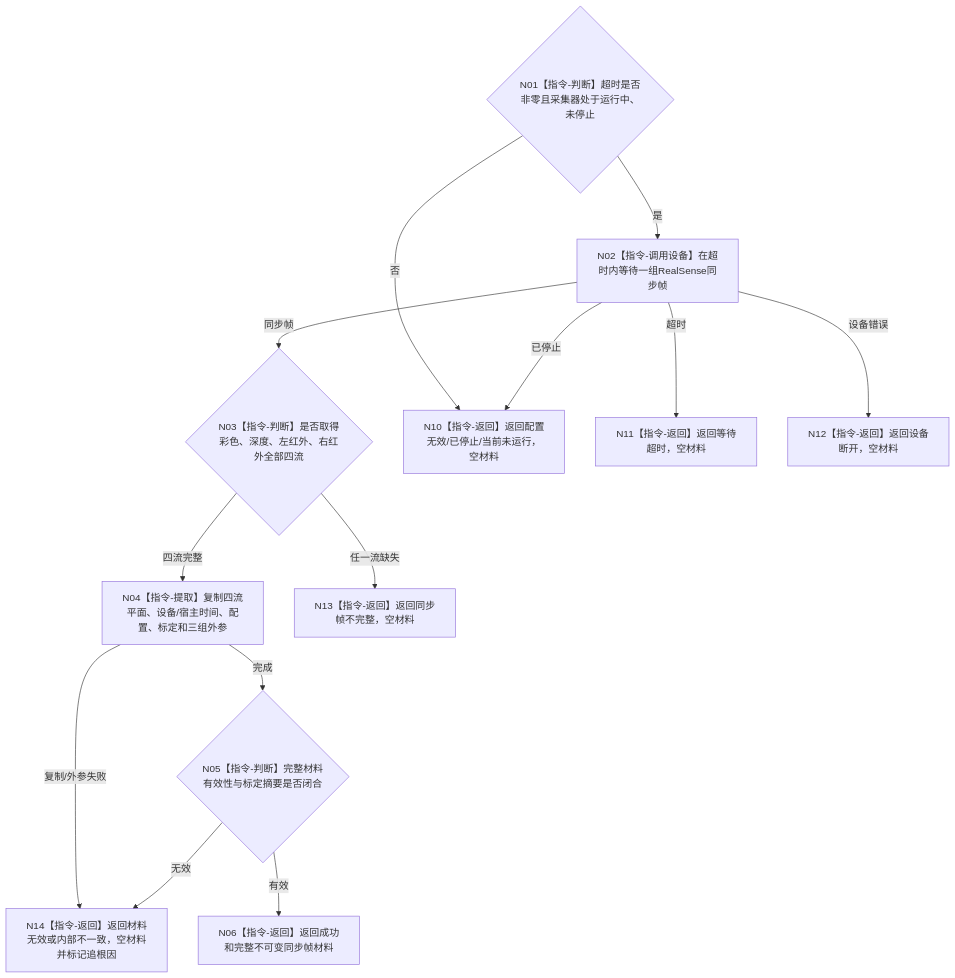
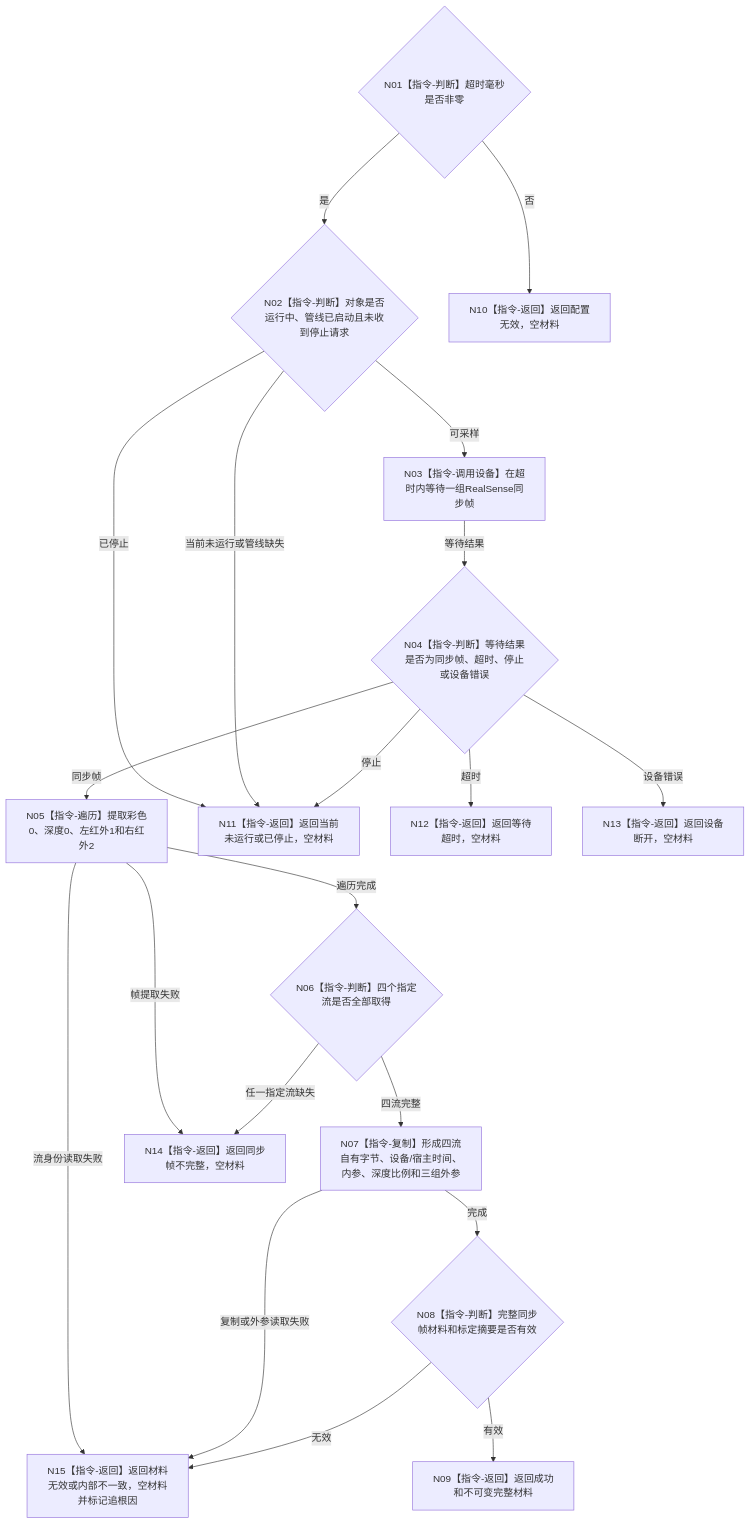
The diagram in 流程图/目标业务流程图/L4/BIZ-L4-006-01-02-01_双目相机采集适配器采集一次_目标函数流程图_v0.2.md (chunhaizh-cyber/HY-Ego), drawn with Mermaid before and after one commit. The commit also changed other lines of this file and 17 other files, not shown here.

````diff
--- a/流程图/目标业务流程图/L4/BIZ-L4-006-01-02-01_双目相机采集适配器采集一次_目标函数流程图_v0.2.md
+++ b/流程图/目标业务流程图/L4/BIZ-L4-006-01-02-01_双目相机采集适配器采集一次_目标函数流程图_v0.2.md
@@ -31,27 +31,37 @@
 ```mermaid
 flowchart TD
-    N01{"N01【指令-判断】超时是否非零且采集器处于运行中、未停止"}
-    N02["N02【指令-调用设备】在超时内等待一组RealSense同步帧"]
-    N03{"N03【指令-判断】是否取得彩色、深度、左红外、右红外全部四流"}
-    N04["N04【指令-提取】复制四流平面、设备/宿主时间、配置、标定和三组外参"]
-    N05{"N05【指令-判断】完整材料有效性与标定摘要是否闭合"}
-    N06["N06【指令-返回】返回成功和完整不可变同步帧材料"]
-    N10["N10【指令-返回】返回配置无效/已停止/当前未运行，空材料"]
-    N11["N11【指令-返回】返回等待超时，空材料"]
-    N12["N12【指令-返回】返回设备断开，空材料"]
-    N13["N13【指令-返回】返回同步帧不完整，空材料"]
-    N14["N14【指令-返回】返回材料无效或内部不一致，空材料并标记追根因"]
+    N01{"N01【指令-判断】超时毫秒是否非零"}
+    N02{"N02【指令-判断】对象是否运行中、管线已启动且未收到停止请求"}
+    N03["N03【指令-调用设备】在超时内等待一组RealSense同步帧"]
+    N04{"N04【指令-判断】等待结果是否为同步帧、超时、停止或设备错误"}
+    N05["N05【指令-遍历】提取彩色0、深度0、左红外1和右红外2"]
+    N06{"N06【指令-判断】四个指定流是否全部取得"}
+    N07["N07【指令-复制】形成四流自有字节、设备/宿主时间、内参、深度比例和三组外参"]
+    N08{"N08【指令-判断】完整同步帧材料和标定摘要是否有效"}
+    N09["N09【指令-返回】返回成功和不可变完整材料"]
+    N10["N10【指令-返回】返回配置无效，空材料"]
+    N11["N11【指令-返回】返回当前未运行或已停止，空材料"]
+    N12["N12【指令-返回】返回等待超时，空材料"]
+    N13["N13【指令-返回】返回设备断开，空材料"]
+    N14["N14【指令-返回】返回同步帧不完整，空材料"]
+    N15["N15【指令-返回】返回材料无效或内部不一致，空材料并标记追根因"]
 
     N01 -->|否| N10
     N01 -->|是| N02
-    N02 -->|超时| N11
-    N02 -->|设备错误| N12
-    N02 -->|已停止| N10
-    N02 -->|同步帧| N03
-    N03 -->|任一流缺失| N13
-    N03 -->|四流完整| N04
-    N04 -->|复制/外参失败| N14
-    N04 -->|完成| N05
-    N05 -->|无效| N14
-    N05 -->|有效| N06
+    N02 -->|已停止| N11
+    N02 -->|当前未运行或管线缺失| N11
+    N02 -->|可采样| N03 -->|等待结果| N04
+    N04 -->|超时| N12
+    N04 -->|停止| N11
+    N04 -->|设备错误| N13
+    N04 -->|同步帧| N05
+    N05 -->|帧提取失败| N14
+    N05 -->|流身份读取失败| N15
+    N05 -->|遍历完成| N06
+    N06 -->|任一指定流缺失| N14
+    N06 -->|四流完整| N07
+    N07 -->|复制或外参读取失败| N15
+    N07 -->|完成| N08
+    N08 -->|无效| N15
+    N08 -->|有效| N09
 ```
````
